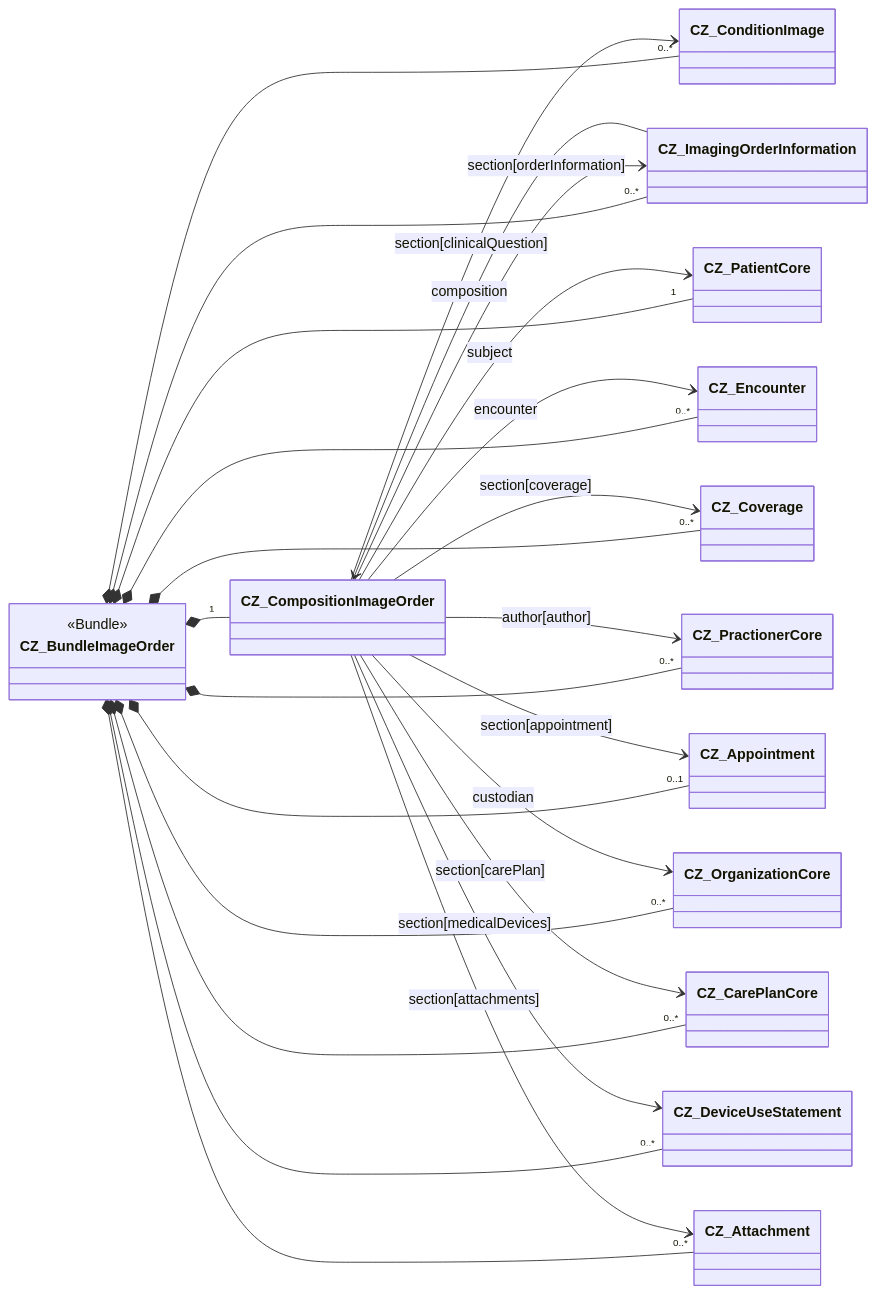
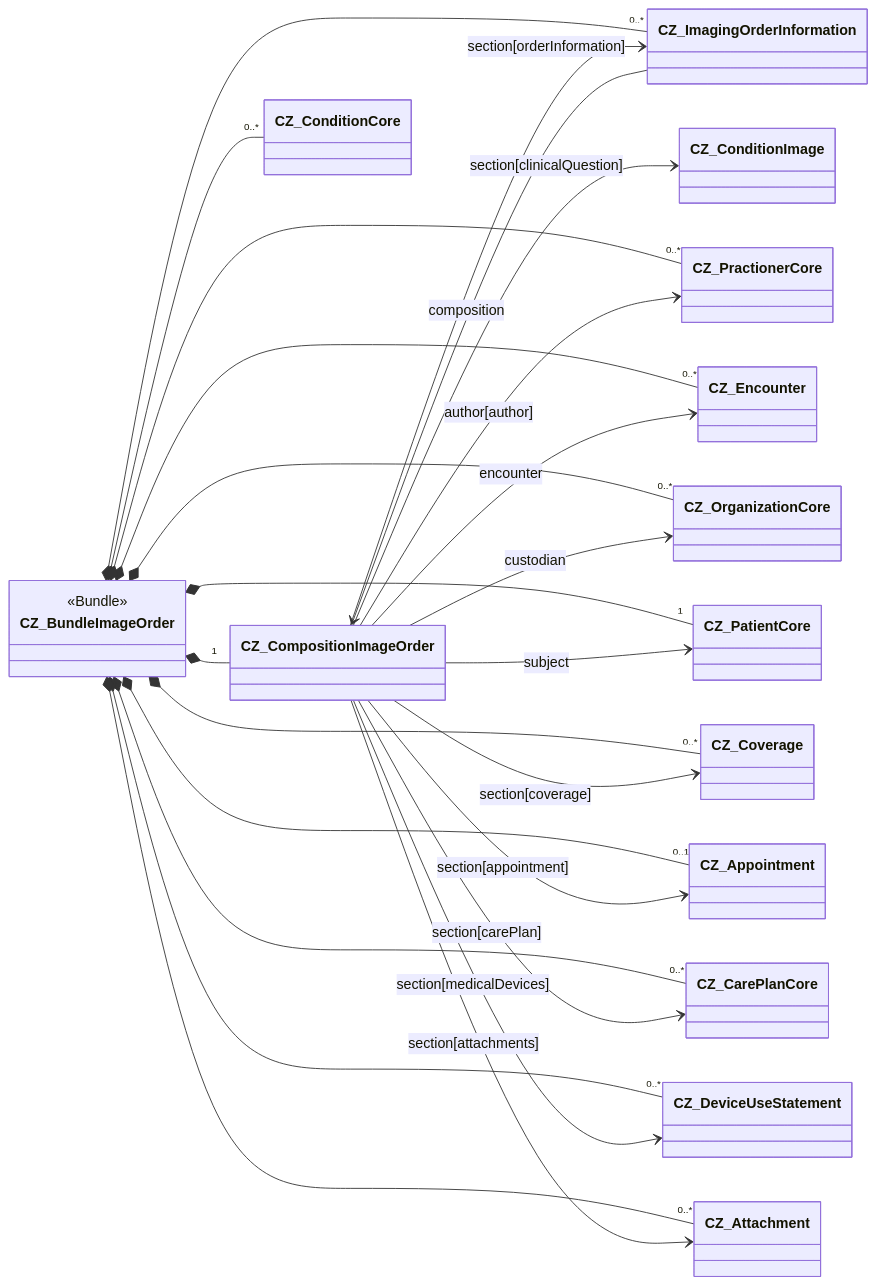
Before and after one commit to HL7-cz/img-order: the diagram in input/pagecontent/implementation-notes-cs.md, drawn with Mermaid. The commit also changed 3 other files, not shown here.

````diff
--- a/input/pagecontent/implementation-notes-cs.md
+++ b/input/pagecontent/implementation-notes-cs.md
@@ -6,34 +6,34 @@
 ```mermaid
 classDiagram
   direction LR
   class CZ_BundleImageOrder{
     <<Bundle>>
   }
   CZ_BundleImageOrder *-- "1" CZ_CompositionImageOrder
   CZ_BundleImageOrder *-- "1" CZ_PatientCore
   CZ_BundleImageOrder *-- "0..*" CZ_ImagingOrderInformation
-  CZ_BundleImageOrder *-- "0..*" CZ_ConditionImage
+  CZ_BundleImageOrder *-- "0..*" CZ_ConditionCore
   CZ_BundleImageOrder *-- "0..*" CZ_Coverage
   CZ_BundleImageOrder *-- "0..*" CZ_Encounter
   CZ_BundleImageOrder *-- "0..1" CZ_Appointment
   CZ_BundleImageOrder *-- "0..*" CZ_CarePlanCore
   CZ_BundleImageOrder *-- "0..*" CZ_PractionerCore
   CZ_BundleImageOrder *-- "0..*" CZ_OrganizationCore
   CZ_BundleImageOrder *-- "0..*" CZ_DeviceUseStatement
   CZ_BundleImageOrder *-- "0..*" CZ_Attachment
 
   CZ_ImagingOrderInformation --> CZ_CompositionImageOrder: composition
   
   CZ_CompositionImageOrder --> CZ_ImagingOrderInformation: section[orderInformation]
   CZ_CompositionImageOrder --> CZ_ConditionImage: section[clinicalQuestion]
   CZ_CompositionImageOrder --> CZ_PractionerCore: author[author]
   CZ_CompositionImageOrder --> CZ_Encounter: encounter
   CZ_CompositionImageOrder --> CZ_OrganizationCore: custodian
   CZ_CompositionImageOrder --> CZ_PatientCore: subject
   CZ_CompositionImageOrder --> CZ_Coverage: section[coverage]
   CZ_CompositionImageOrder --> CZ_Appointment: section[appointment]
   CZ_CompositionImageOrder --> CZ_CarePlanCore: section[carePlan]
   CZ_CompositionImageOrder --> CZ_DeviceUseStatement: section[medicalDevices]
   CZ_CompositionImageOrder --> CZ_Attachment: section[attachments]
 
 ```
````
